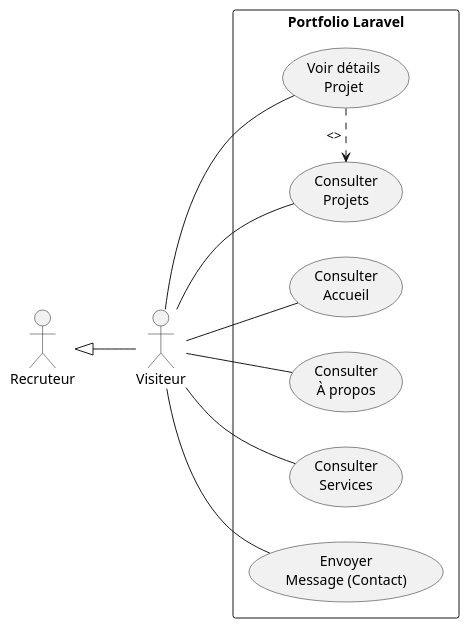
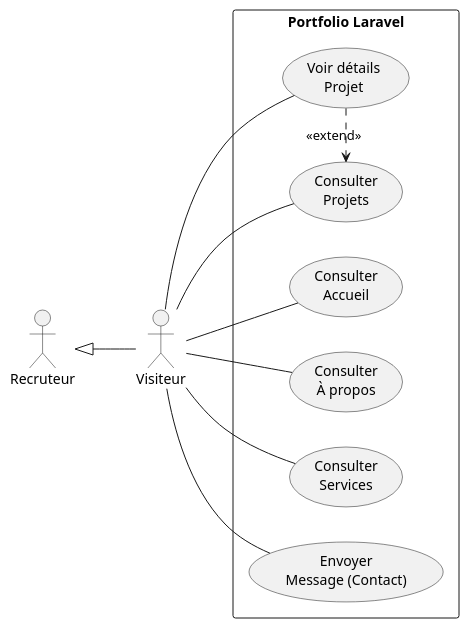
Before and after one commit to BENYEKHLEF-Anouar/Portfolio-developpeur: the diagram in Analyse/diagram.puml, drawn with PlantUML.

Commit message:
fix: modify extend relationship

```diff
--- a/Analyse/diagram.puml
+++ b/Analyse/diagram.puml
@@ -1,27 +1,27 @@
 @startuml
 left to right direction
 skinparam packageStyle rectangle
 
 actor "Visiteur" as Visitor
 actor "Recruteur" as Recruiter
 Recruiter <|-- Visitor
 
 rectangle "Portfolio Laravel" {
   usecase "Consulter\nAccueil" as UC_Home
   usecase "Consulter\nÀ propos" as UC_About
   usecase "Consulter\nProjets" as UC_Projects
   usecase "Voir détails\nProjet" as UC_ProjectDetails
   usecase "Consulter\nServices" as UC_Services
   usecase "Envoyer\nMessage (Contact)" as UC_Contact
 }
 
 Visitor -- UC_Home
 Visitor -- UC_About
 Visitor -- UC_Projects
 Visitor -- UC_ProjectDetails
 Visitor -- UC_Services
 Visitor -- UC_Contact
 
 ' Optionnel : relations de dépendance/extension
-UC_ProjectDetails .> UC_Projects : <>
+UC_ProjectDetails .> UC_Projects : <<extend>>
 @enduml
```
